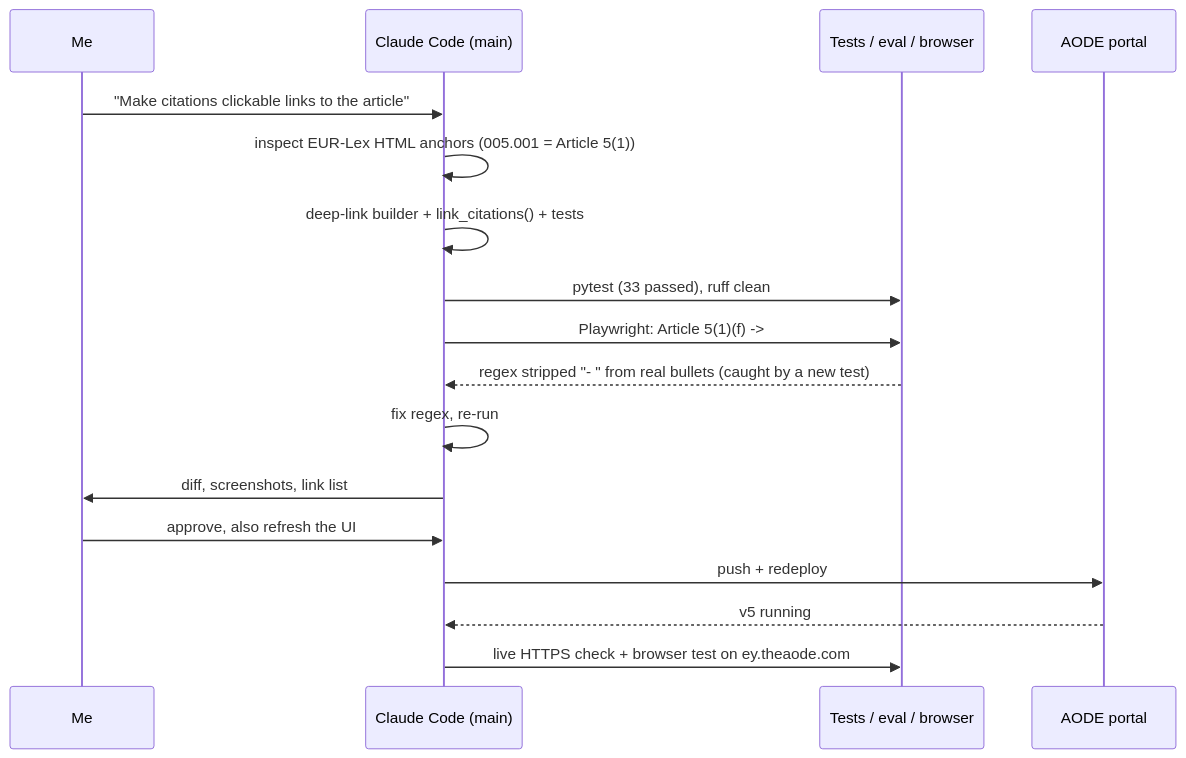
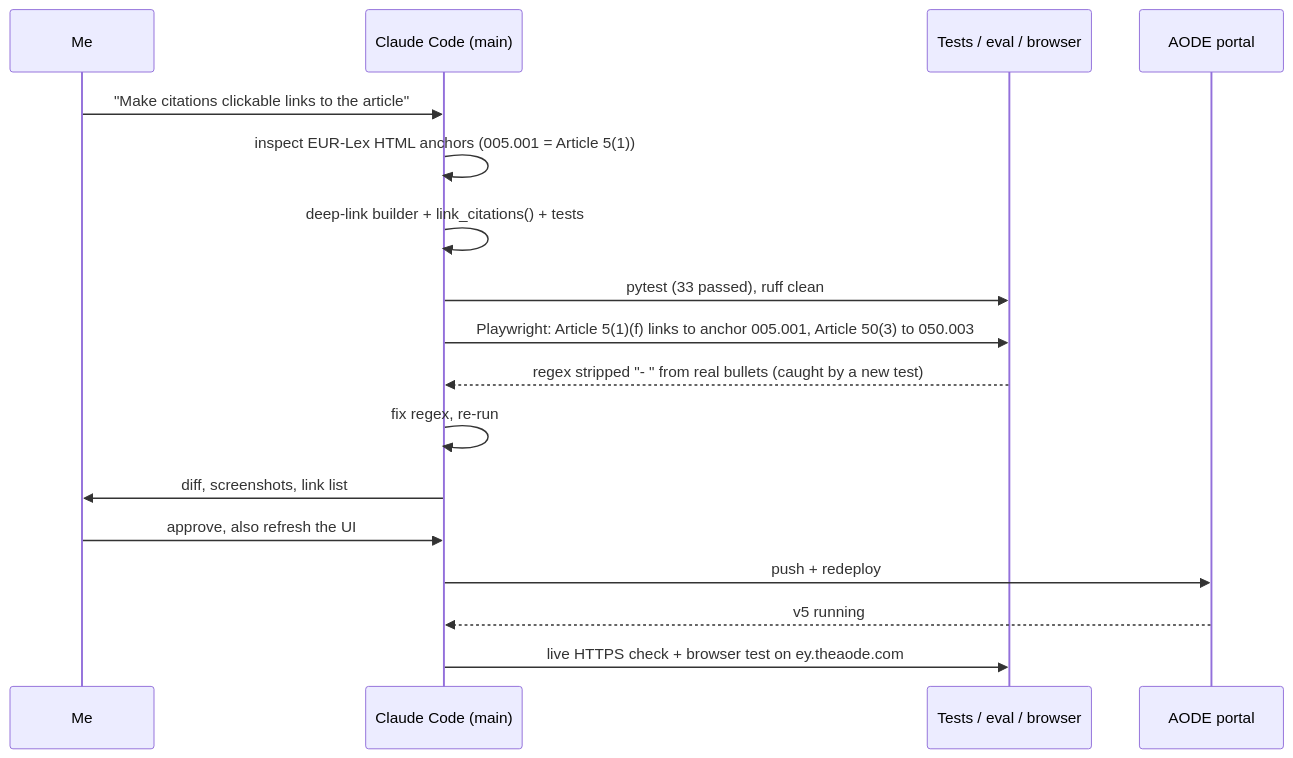
Before and after one commit to Dason222/eu-ai-act-assistant: the second of 2 diagrams in docs/ai_assisted_development.md, drawn with Mermaid. The commit also changed other lines of this file and 12 other files, not shown here.

First line of the commit message:
Update architecture diagrams, solution design and AI-assisted development notes

````diff
--- a/docs/ai_assisted_development.md
+++ b/docs/ai_assisted_development.md
@@ -54,19 +57,19 @@
 ```mermaid
 sequenceDiagram
     participant Me
     participant Claude as Claude Code (main)
     participant Gates as Tests / eval / browser
     participant Portal as AODE portal
     Me->>Claude: "Make citations clickable links to the article"
     Claude->>Claude: inspect EUR-Lex HTML anchors (005.001 = Article 5(1))
     Claude->>Claude: deep-link builder + link_citations() + tests
     Claude->>Gates: pytest (33 passed), ruff clean
-    Claude->>Gates: Playwright: Article 5(1)(f) -> #005.001, Article 50(3) -> #050.003
+    Claude->>Gates: Playwright: Article 5(1)(f) links to anchor 005.001, Article 50(3) to 050.003
     Gates-->>Claude: regex stripped "- " from real bullets (caught by a new test)
     Claude->>Claude: fix regex, re-run
     Claude->>Me: diff, screenshots, link list
     Me->>Claude: approve, also refresh the UI
     Claude->>Portal: push + redeploy
     Portal-->>Claude: v5 running
     Claude->>Gates: live HTTPS check + browser test on ey.theaode.com
 ```
````
